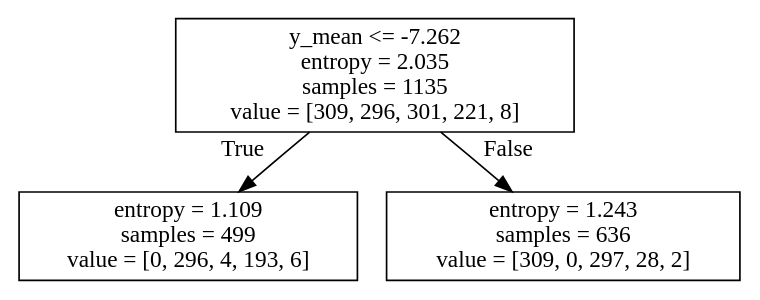
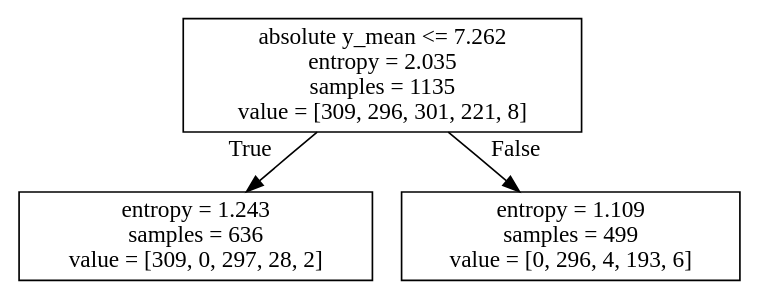
Before and after one commit to mwu-dev/CS328-Fall-Detection: the diagram in dots/tree_1.dot, drawn with Graphviz. The commit also changed 15 other files, not shown here.

```diff
--- a/dots/tree_1.dot
+++ b/dots/tree_1.dot
@@ -1,8 +1,8 @@
 digraph Tree {
 node [shape=box] ;
-0 [label="y_mean <= -7.262\nentropy = 2.035\nsamples = 1135\nvalue = [309, 296, 301, 221, 8]"] ;
-1 [label="entropy = 1.109\nsamples = 499\nvalue = [0, 296, 4, 193, 6]"] ;
+0 [label="absolute y_mean <= 7.262\nentropy = 2.035\nsamples = 1135\nvalue = [309, 296, 301, 221, 8]"] ;
+1 [label="entropy = 1.243\nsamples = 636\nvalue = [309, 0, 297, 28, 2]"] ;
 0 -> 1 [labeldistance=2.5, labelangle=45, headlabel="True"] ;
-2 [label="entropy = 1.243\nsamples = 636\nvalue = [309, 0, 297, 28, 2]"] ;
+2 [label="entropy = 1.109\nsamples = 499\nvalue = [0, 296, 4, 193, 6]"] ;
 0 -> 2 [labeldistance=2.5, labelangle=-45, headlabel="False"] ;
 }
```
